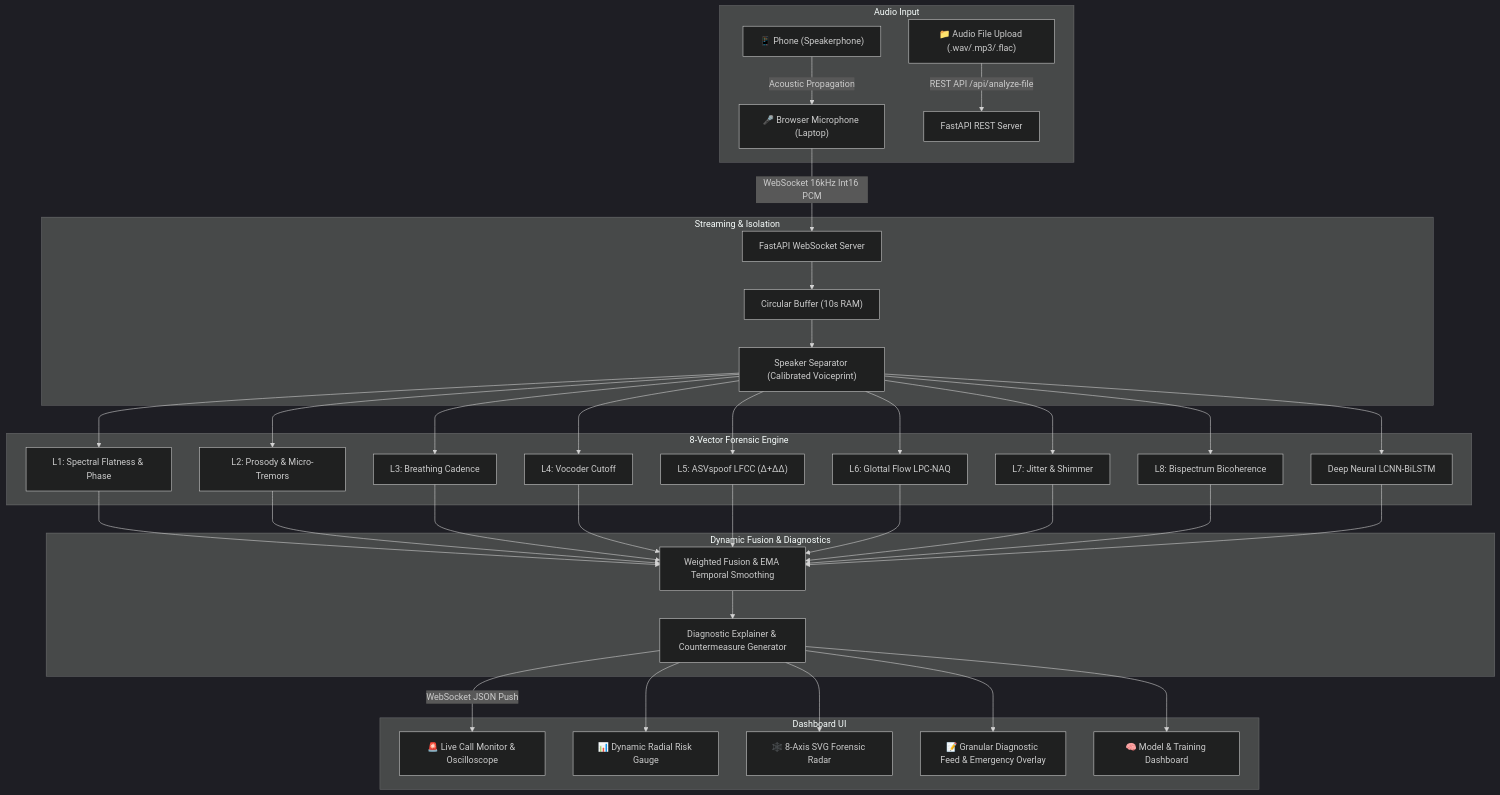
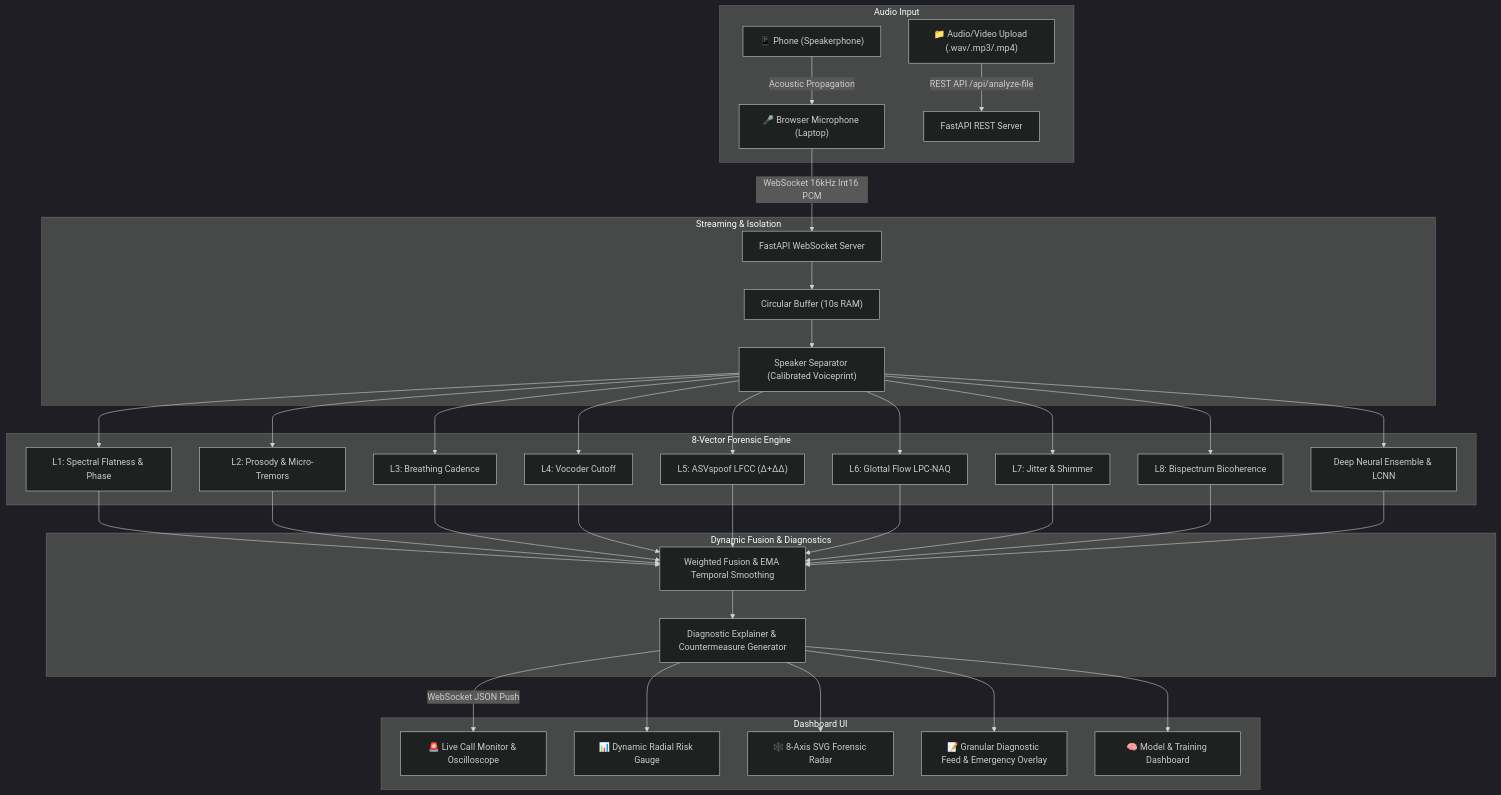
The diagram in README.md (aditya61139/SIH_2026), drawn with Mermaid (dark theme) before and after one commit. The commit also changed other lines of this file and 6 other files, not shown here.

````diff
--- a/README.md
+++ b/README.md
@@ -32,38 +32,38 @@
 ```mermaid
 graph TB
     subgraph Audio Input
         A["📱 Phone (Speakerphone)"] -->|Acoustic Propagation| B["🎤 Browser Microphone (Laptop)"]
-        C["📁 Audio File Upload (.wav/.mp3/.flac)"] -->|REST API /api/analyze-file| D["FastAPI REST Server"]
+        C["📁 Audio/Video Upload (.wav/.mp3/.mp4)"] -->|REST API /api/analyze-file| D["FastAPI REST Server"]
     end
 
     subgraph Streaming & Isolation
         B -->|WebSocket 16kHz Int16 PCM| E["FastAPI WebSocket Server"]
         E --> F["Circular Buffer (10s RAM)"]
         F --> G["Speaker Separator (Calibrated Voiceprint)"]
     end
 
     subgraph 8-Vector Forensic Engine
         G --> H1["L1: Spectral Flatness & Phase"]
         G --> H2["L2: Prosody & Micro-Tremors"]
         G --> H3["L3: Breathing Cadence"]
         G --> H4["L4: Vocoder Cutoff"]
         G --> H5["L5: ASVspoof LFCC (Δ+ΔΔ)"]
         G --> H6["L6: Glottal Flow LPC-NAQ"]
         G --> H7["L7: Jitter & Shimmer"]
         G --> H8["L8: Bispectrum Bicoherence"]
-        G --> H9["Deep Neural LCNN-BiLSTM"]
+        G --> H9["Deep Neural Ensemble & LCNN"]
     end
 
     subgraph Dynamic Fusion & Diagnostics
         H1 & H2 & H3 & H4 & H5 & H6 & H7 & H8 & H9 --> I["Weighted Fusion & EMA Temporal Smoothing"]
         I --> J["Diagnostic Explainer & Countermeasure Generator"]
     end
 
     subgraph Dashboard UI
         J -->|WebSocket JSON Push| K["🚨 Live Call Monitor & Oscilloscope"]
         J --> L["📊 Dynamic Radial Risk Gauge"]
         J --> M["🕸️ 8-Axis SVG Forensic Radar"]
         J --> N["📝 Granular Diagnostic Feed & Emergency Overlay"]
         J --> O["🧠 Model & Training Dashboard"]
     end
 ```
````
